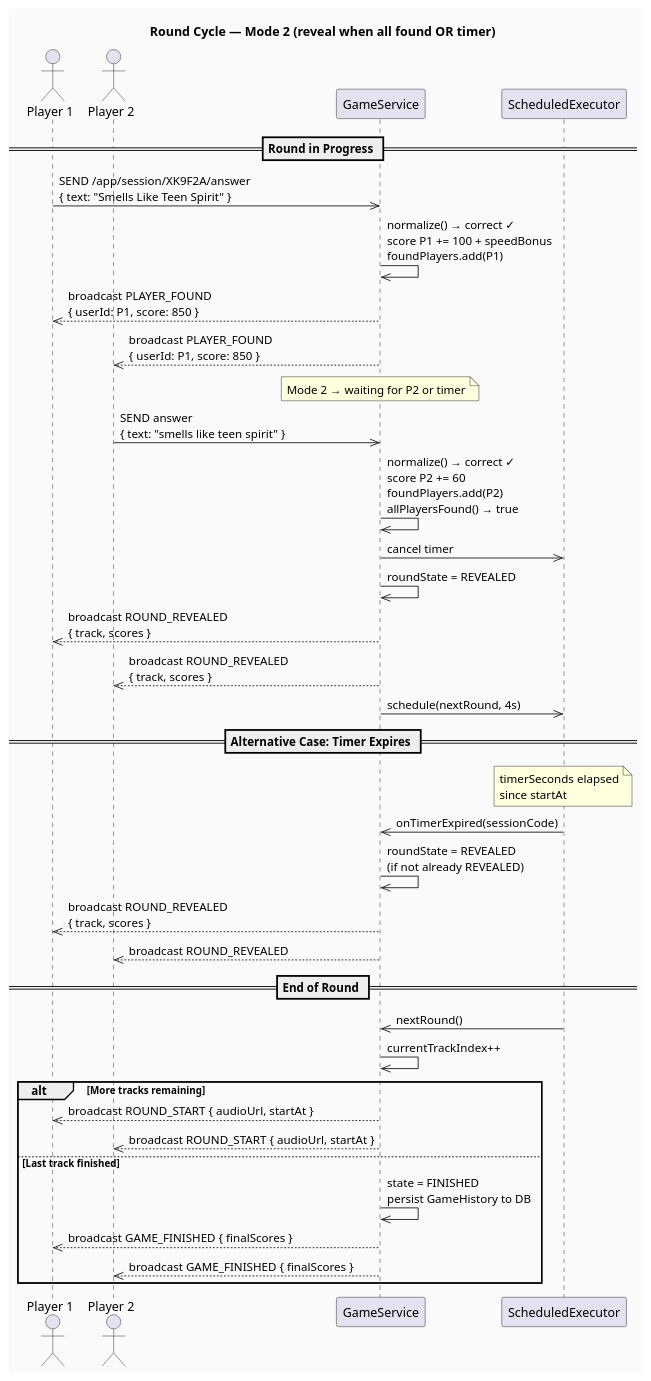
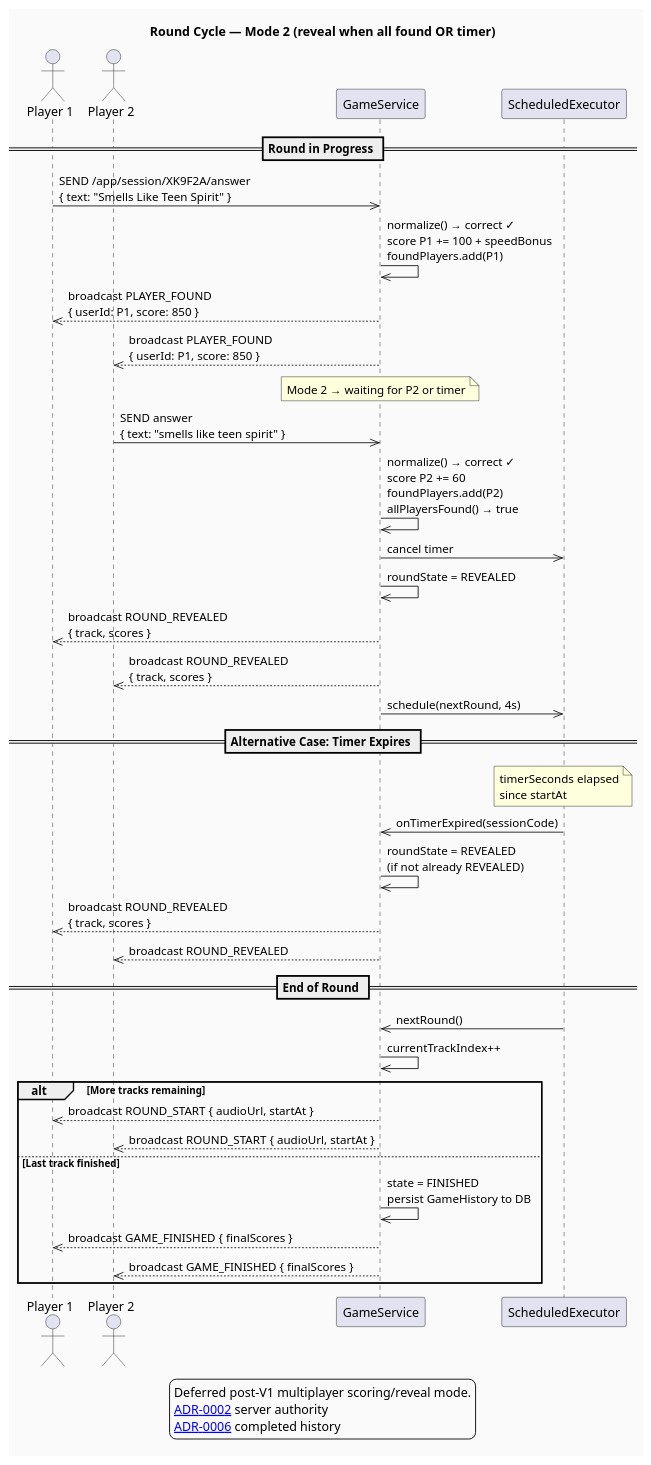
One commit to CyprienJ/blindTest changed the third of 5 diagrams in docs/diagrams/04-sequences.puml. Above: the diagram before and after it, drawn with PlantUML. The commit also changed other lines of this file and 12 other files, not shown here.

Commit message:
FND-06 — Record core architecture decisions

```diff
--- a/docs/diagrams/04-sequences.puml
+++ b/docs/diagrams/04-sequences.puml
@@ -99,51 +115,59 @@
 @startuml Sequence - Round Cycle (Mode 2)
+' Deferred multiplayer mode. ADR-0002 defines server authority and ADR-0006
+' defines completed history persistence.
 title Round Cycle — Mode 2 (reveal when all found OR timer)
 skinparam backgroundColor #FAFAFA
 
 actor "Player 1" as p1
 actor "Player 2" as p2
 participant "GameService" as gs
 participant "ScheduledExecutor" as sched
+
+legend bottom
+  Deferred post-V1 multiplayer scoring/reveal mode.
+  [[../adr/0002-server-authoritative-sessions.md ADR-0002]] server authority
+  [[../adr/0006-postgresql-history-snapshots.md ADR-0006]] completed history
+endlegend
 
 == Round in Progress ==
 
 p1 ->> gs : SEND /app/session/XK9F2A/answer\n{ text: "Smells Like Teen Spirit" }
 gs ->> gs : normalize() → correct ✓\nscore P1 += 100 + speedBonus\nfoundPlayers.add(P1)
 gs -->> p1 : broadcast PLAYER_FOUND\n{ userId: P1, score: 850 }
 gs -->> p2 : broadcast PLAYER_FOUND\n{ userId: P1, score: 850 }
 
 note over gs : Mode 2 → waiting for P2 or timer
 
 p2 ->> gs : SEND answer\n{ text: "smells like teen spirit" }
 gs ->> gs : normalize() → correct ✓\nscore P2 += 60\nfoundPlayers.add(P2)\nallPlayersFound() → true
 gs ->> sched : cancel timer
 gs ->> gs : roundState = REVEALED
 
 gs -->> p1 : broadcast ROUND_REVEALED\n{ track, scores }
 gs -->> p2 : broadcast ROUND_REVEALED\n{ track, scores }
 
 gs ->> sched : schedule(nextRound, 4s)
 
 == Alternative Case: Timer Expires ==
 
 note over sched : timerSeconds elapsed\nsince startAt
 
 sched ->> gs : onTimerExpired(sessionCode)
 gs ->> gs : roundState = REVEALED\n(if not already REVEALED)
 gs -->> p1 : broadcast ROUND_REVEALED\n{ track, scores }
 gs -->> p2 : broadcast ROUND_REVEALED
 
 == End of Round ==
 
 sched ->> gs : nextRound()
 gs ->> gs : currentTrackIndex++
 alt More tracks remaining
   gs -->> p1 : broadcast ROUND_START { audioUrl, startAt }
   gs -->> p2 : broadcast ROUND_START { audioUrl, startAt }
 else Last track finished
   gs ->> gs : state = FINISHED\npersist GameHistory to DB
   gs -->> p1 : broadcast GAME_FINISHED { finalScores }
   gs -->> p2 : broadcast GAME_FINISHED { finalScores }
 end
 
 @enduml
```
